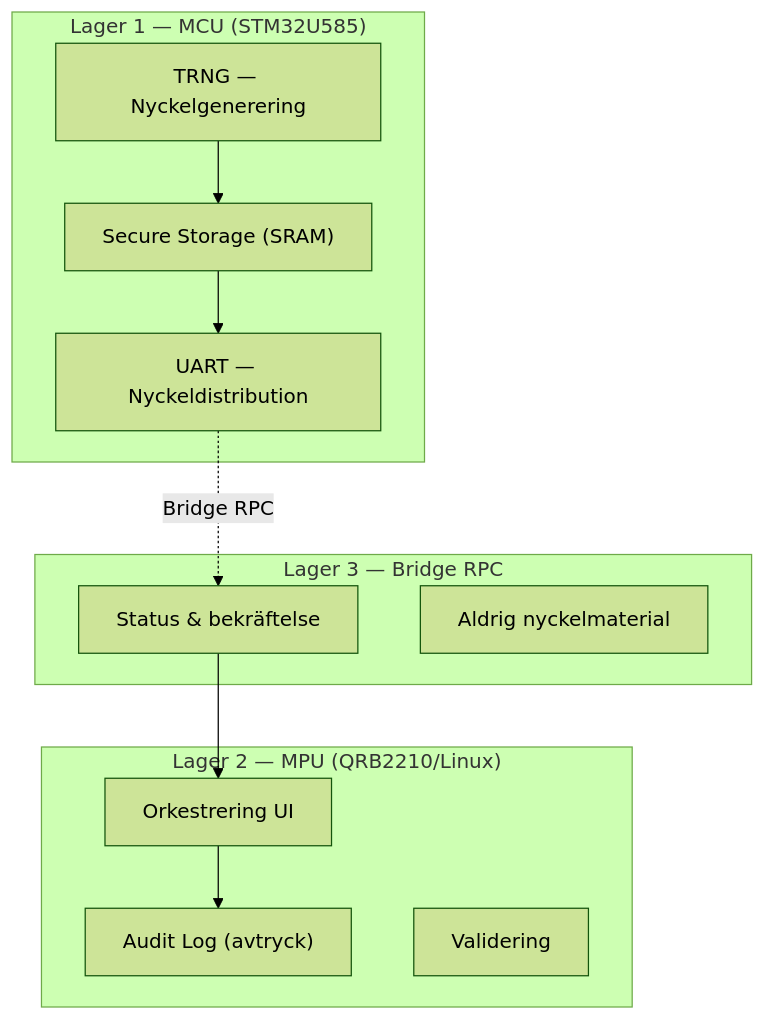
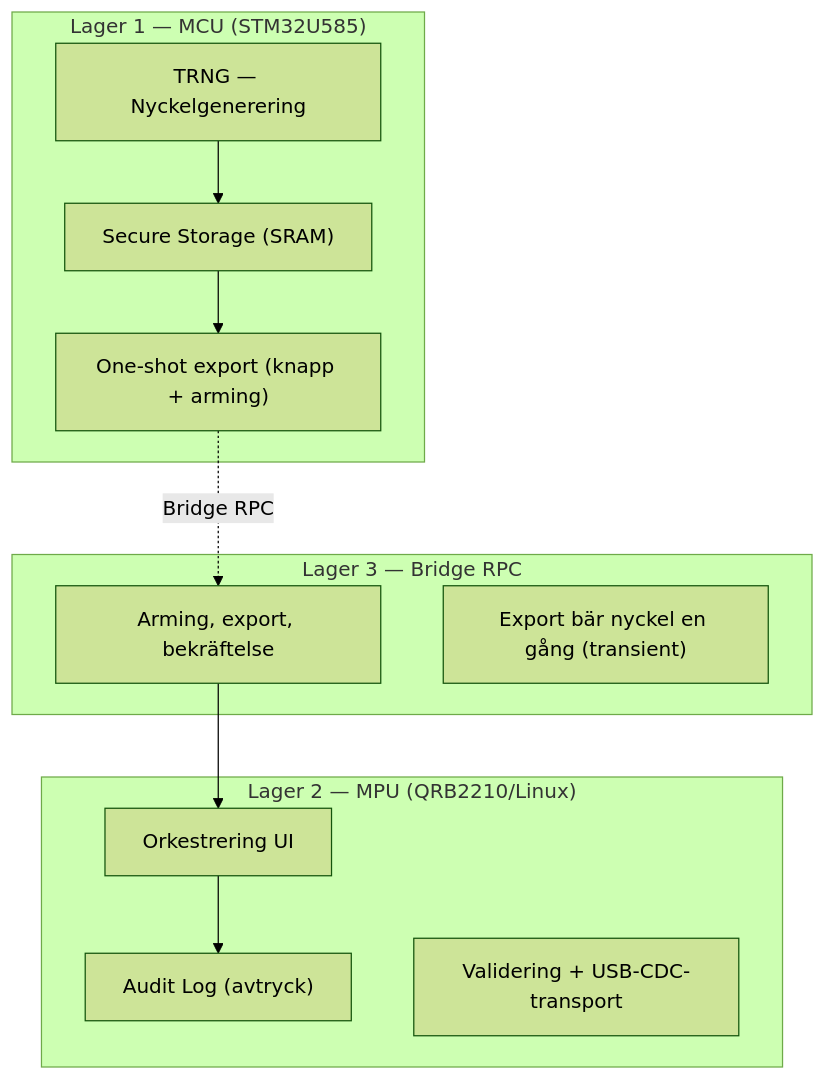
The fourth of 5 diagrams in docs/02-arkitektur.md (Tripl321/yh-contact-auth-projektarbete), drawn with Mermaid (forest theme) before and after one commit. The commit also changed other lines of this file and 5 other files, not shown here.

First line of the commit message:
PRO-46 USB-C: MPU distributor + one-shot MCU export, Serial1 sender removed

````diff
--- a/docs/02-arkitektur.md
+++ b/docs/02-arkitektur.md
@@ -126,21 +126,21 @@
 ```mermaid
 graph TD
     subgraph "Lager 1 — MCU (STM32U585)"
         L1A["TRNG — Nyckelgenerering"]
         L1B["Secure Storage (SRAM)"]
-        L1C["UART — Nyckeldistribution"]
+        L1C["One-shot export (knapp + arming)"]
     end
     subgraph "Lager 2 — MPU (QRB2210/Linux)"
         L2A["Orkestrering UI"]
         L2B["Audit Log (avtryck)"]
-        L2C["Validering"]
+        L2C["Validering + USB-CDC-transport"]
     end
     subgraph "Lager 3 — Bridge RPC"
-        L3A["Status & bekräftelse"]
-        L3B["Aldrig nyckelmaterial"]
+        L3A["Arming, export, bekräftelse"]
+        L3B["Export bär nyckel en gång (transient)"]
     end
     L1A --> L1B --> L1C
     L1C -.->|"Bridge RPC"| L3A
     L3A --> L2A
     L2A --> L2B
 ```
````
